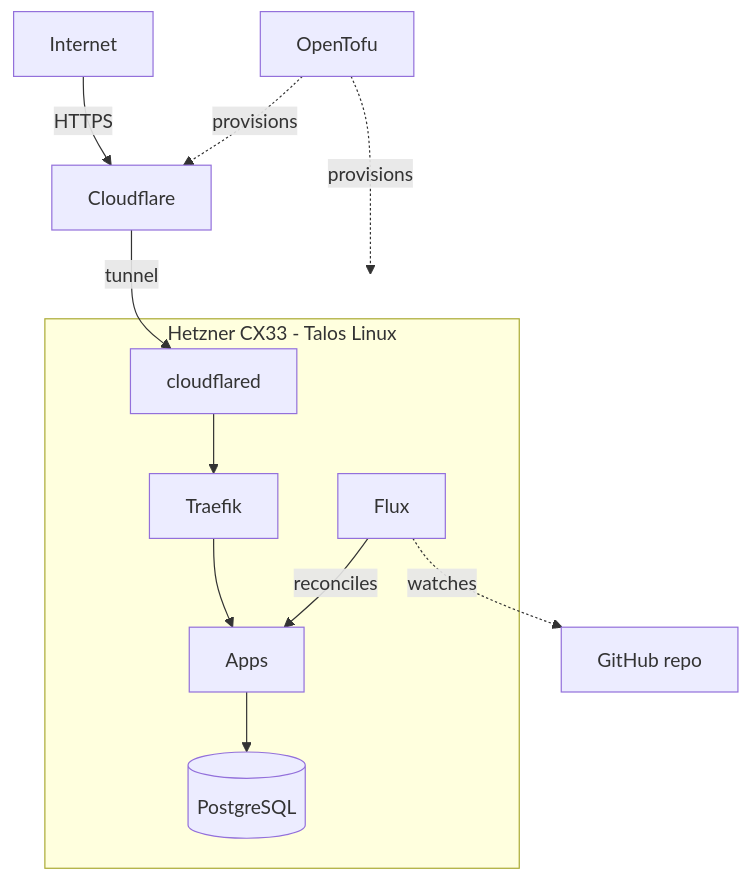
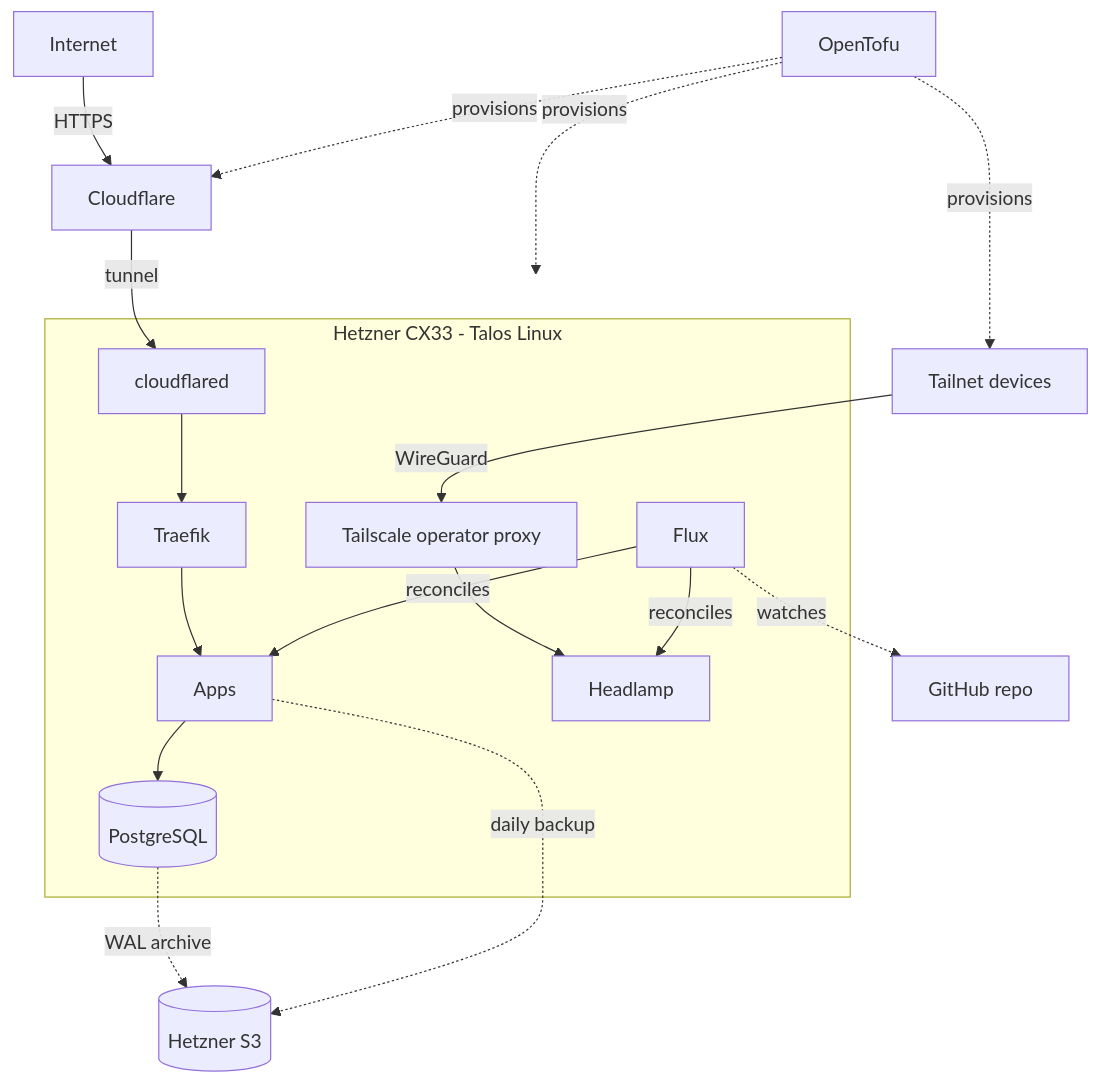
Before and after one commit to itay-raveh/infra: the diagram in README.md, drawn with Mermaid. The commit also changed other lines of this file, not shown here.

Commit message:
docs: update README for Tailscale + Headlamp + hcloud-csi

````diff
--- a/README.md
+++ b/README.md
@@ -10,15 +10,18 @@
 ```mermaid
 graph TD
     Internet -->|HTTPS| CF[Cloudflare]
     CF -->|tunnel| cloudflared
-    OpenTofu -.->|provisions| CF & Server
+    Tailnet[Tailnet devices] -->|WireGuard| TSProxy[Tailscale operator proxy]
+    OpenTofu -.->|provisions| CF & Tailnet & Server
 
     subgraph Server["Hetzner CX33 - Talos Linux"]
-        cloudflared --> Traefik
-        Traefik --> Apps
+        cloudflared --> Traefik --> Apps
+        TSProxy --> Headlamp
         Apps --> CNPG[(PostgreSQL)]
-        Flux -->|reconciles| Apps
+        Flux -->|reconciles| Apps & Headlamp
     end
 
+    CNPG -.->|WAL archive| S3[(Hetzner S3)]
+    Apps -.->|daily backup| S3
     Flux -.->|watches| Git[GitHub repo]
 ```
````
